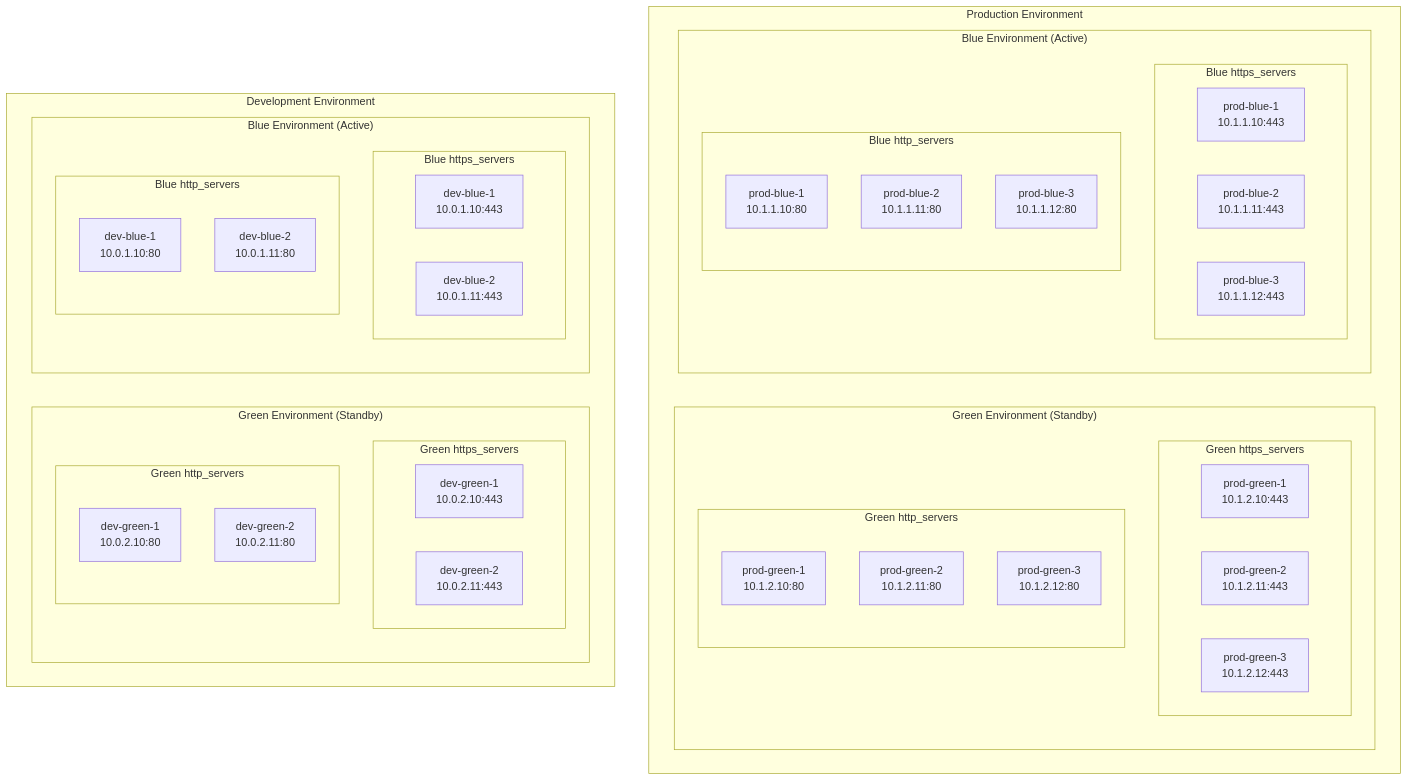
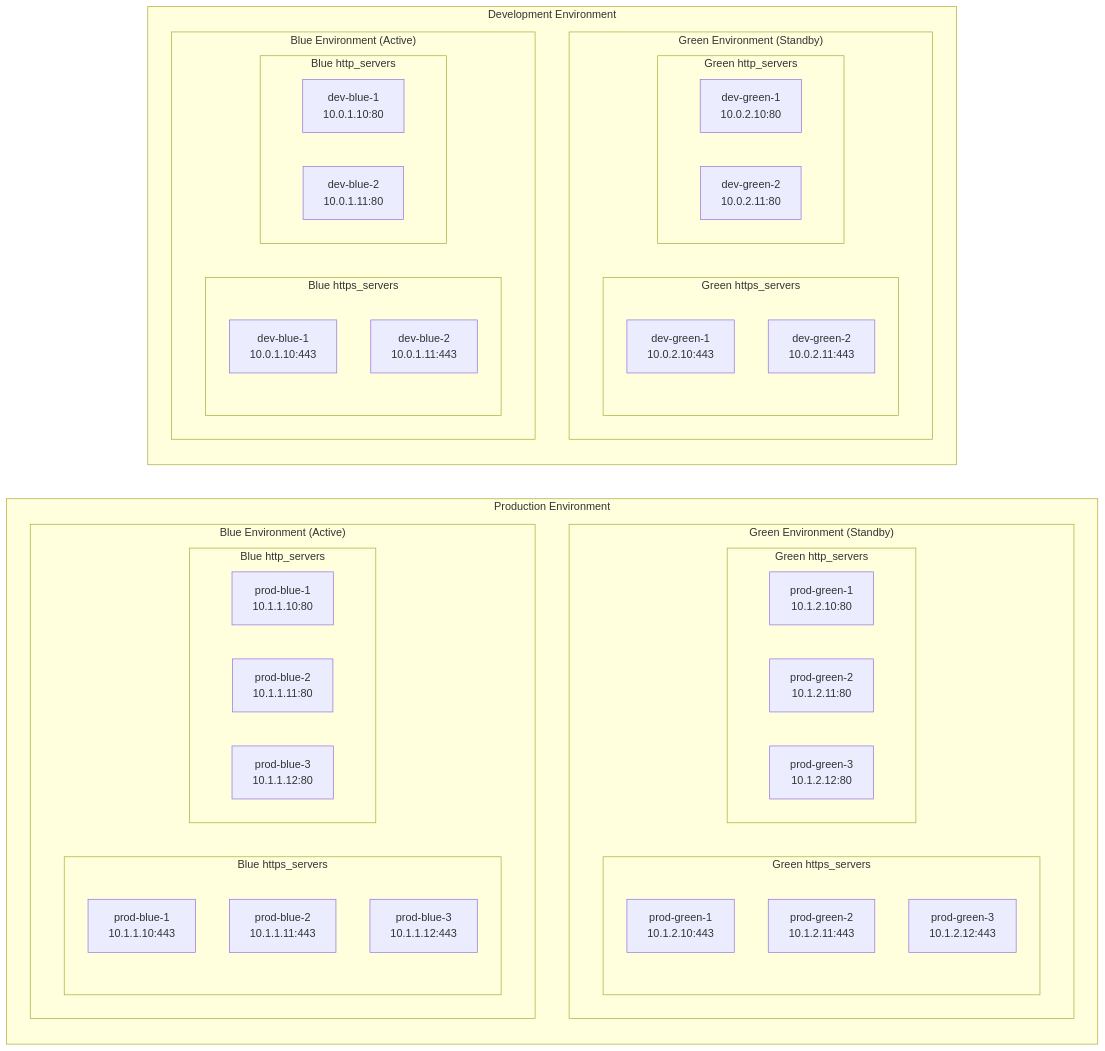
The second of 2 diagrams in HAPROXY-BLUE-GREEN-README.md (cadjai/ocp4-cluster-workload-migration), drawn with Mermaid before and after one commit.

Commit message:
edit diagram

````diff
--- a/HAPROXY-BLUE-GREEN-README.md
+++ b/HAPROXY-BLUE-GREEN-README.md
@@ -60,54 +60,54 @@
 ```mermaid
-graph TD 
+graph LR 
     subgraph "Production Environment"
         subgraph "Green Environment (Standby)"
             subgraph "Green https_servers"
                 PG4[prod-green-1<br/>10.1.2.10:443]
                 PG5[prod-green-2<br/>10.1.2.11:443]
                 PG6[prod-green-3<br/>10.1.2.12:443]
             end
             subgraph "Green http_servers"
                 PG1[prod-green-1<br/>10.1.2.10:80]
                 PG2[prod-green-2<br/>10.1.2.11:80]
                 PG3[prod-green-3<br/>10.1.2.12:80]
             end
         end
         subgraph "Blue Environment (Active)"
             subgraph "Blue https_servers"
                 PB4[prod-blue-1<br/>10.1.1.10:443]
                 PB5[prod-blue-2<br/>10.1.1.11:443]
                 PB6[prod-blue-3<br/>10.1.1.12:443]
             end
             subgraph "Blue http_servers"
                 PB1[prod-blue-1<br/>10.1.1.10:80]
                 PB2[prod-blue-2<br/>10.1.1.11:80]
                 PB3[prod-blue-3<br/>10.1.1.12:80]
             end
         end
     end
 
     subgraph "Development Environment"
         subgraph "Green Environment (Standby)"
             subgraph "Green https_servers"
                 DG3[dev-green-1<br/>10.0.2.10:443]
                 DG4[dev-green-2<br/>10.0.2.11:443]
             end
             subgraph "Green http_servers"
                 DG1[dev-green-1<br/>10.0.2.10:80]
                 DG2[dev-green-2<br/>10.0.2.11:80]
             end
         end
         subgraph "Blue Environment (Active)"
             subgraph "Blue https_servers"
                 DB3[dev-blue-1<br/>10.0.1.10:443]
                 DB4[dev-blue-2<br/>10.0.1.11:443]
             end
             subgraph "Blue http_servers"
                 DB1[dev-blue-1<br/>10.0.1.10:80]
                 DB2[dev-blue-2<br/>10.0.1.11:80]
             end
         end
     end
     
 
 ```
````
